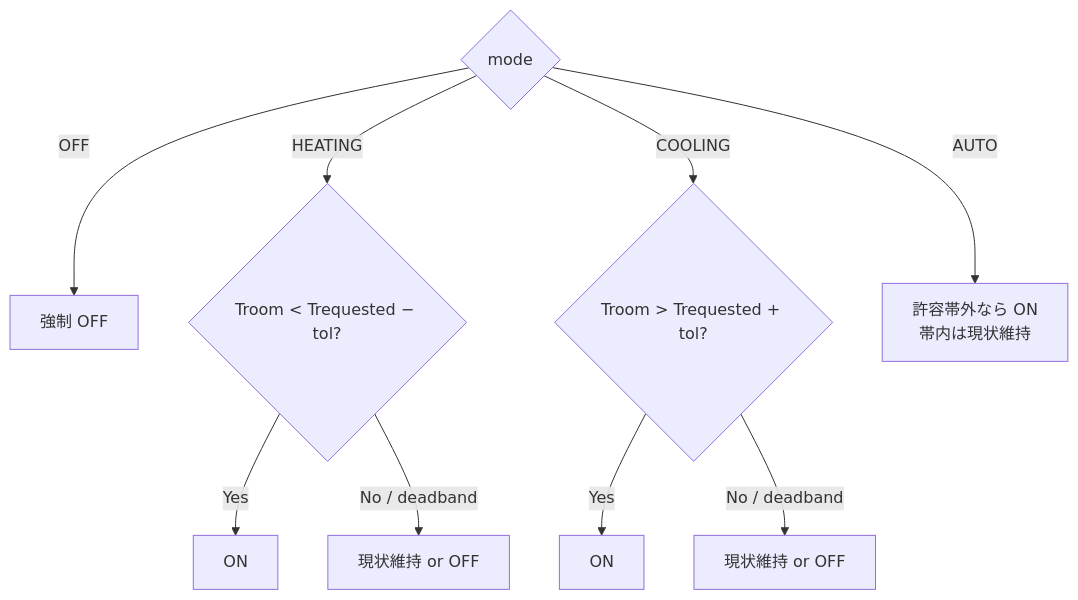
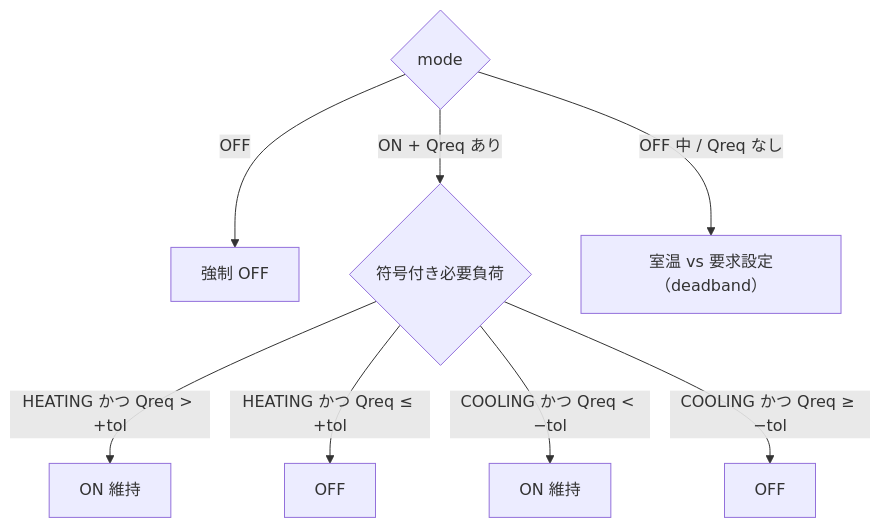
One commit to iguchi-lab/vtsimnx changed the third of 4 diagrams in engine/docs/aircon_control_overview.md. Above: the diagram before and after it, drawn with Mermaid. The commit also changed other lines of this file and 11 other files, not shown here.

````diff
--- a/engine/docs/aircon_control_overview.md
+++ b/engine/docs/aircon_control_overview.md
@@ -100,11 +106,10 @@
 ```mermaid
 flowchart TD
     M{"mode"} -->|OFF| Z["強制 OFF"]
-    M -->|HEATING| H{"Troom < Trequested − tol?"}
-    H -->|Yes| ON1["ON"]
-    H -->|No / deadband| KEEP1["現状維持 or OFF"]
-    M -->|COOLING| C{"Troom > Trequested + tol?"}
-    C -->|Yes| ON2["ON"]
-    C -->|No / deadband| KEEP2["現状維持 or OFF"]
-    M -->|AUTO| A["許容帯外なら ON<br/>帯内は現状維持"]
+    M -->|ON + Qreq あり| Q{"符号付き必要負荷"}
+    Q -->|HEATING かつ Qreq > +tol| ON1["ON 維持"]
+    Q -->|HEATING かつ Qreq ≤ +tol| OFF1["OFF"]
+    Q -->|COOLING かつ Qreq < −tol| ON2["ON 維持"]
+    Q -->|COOLING かつ Qreq ≥ −tol| OFF2["OFF"]
+    M -->|OFF 中 / Qreq なし| T["室温 vs 要求設定（deadband）"]
 ```
````
